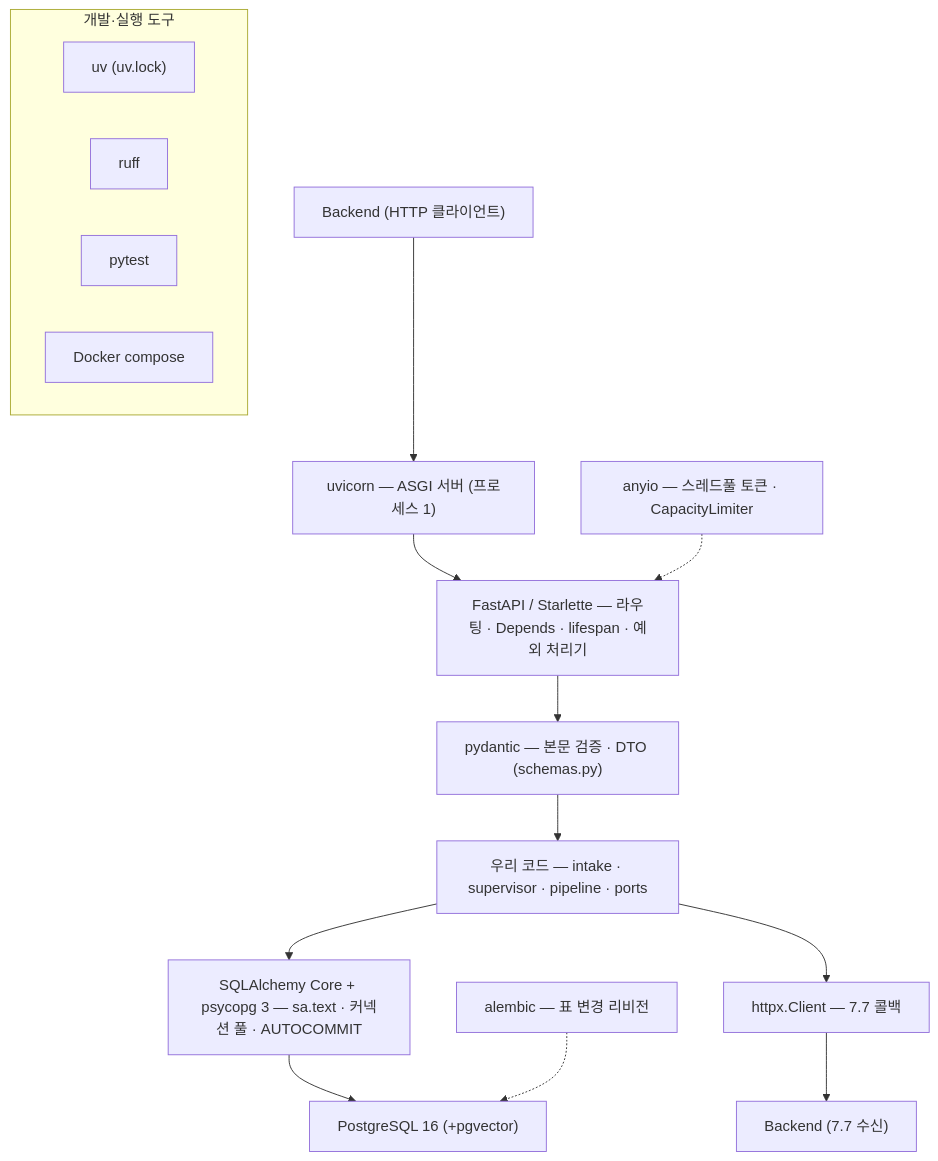
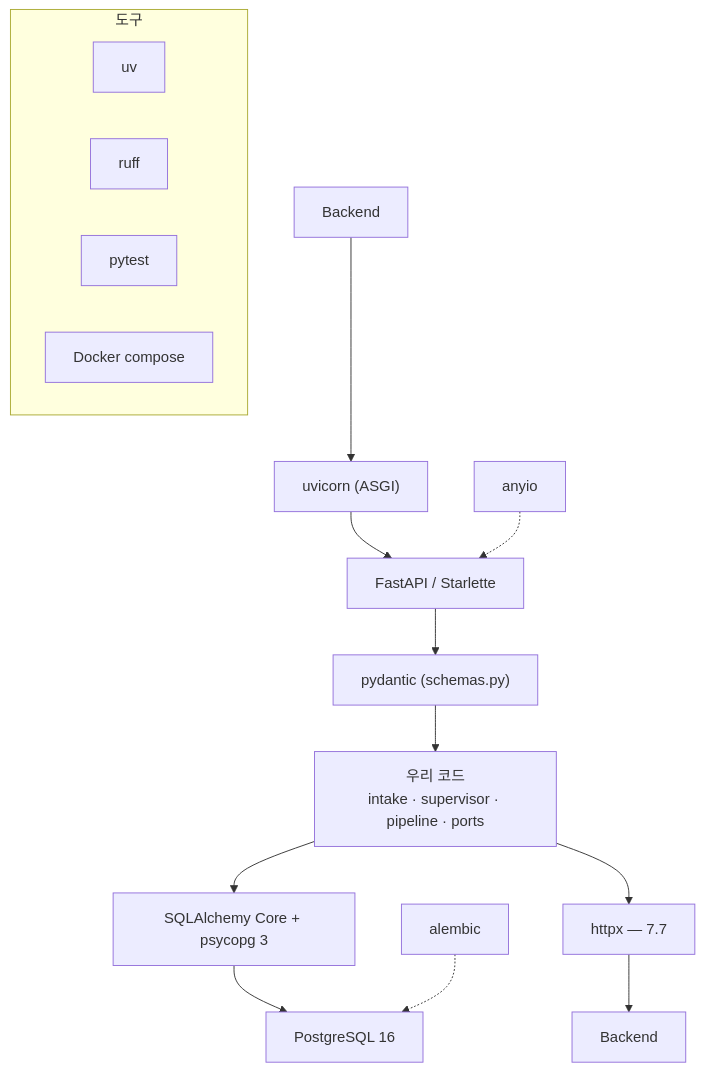
The diagram in profiling/docs/학습_가이드/01_기술_스택.md (100-hours-a-week/KTB4-12th-AI), drawn with Mermaid before and after one commit. The commit also changed 70 other files, not shown here.

````diff
--- a/profiling/docs/학습_가이드/01_기술_스택.md
+++ b/profiling/docs/학습_가이드/01_기술_스택.md
@@ -16,19 +16,19 @@
 ```mermaid
 flowchart TB
-  BE["Backend (HTTP 클라이언트)"] --> UV["uvicorn — ASGI 서버 (프로세스 1)"]
-  UV --> FA["FastAPI / Starlette — 라우팅 · Depends · lifespan · 예외 처리기"]
-  FA --> PD["pydantic — 본문 검증 · DTO (schemas.py)"]
-  PD --> APP["우리 코드 — intake · supervisor · pipeline · ports"]
-  APP --> SA["SQLAlchemy Core + psycopg 3 — sa.text · 커넥션 풀 · AUTOCOMMIT"]
-  SA --> PG["PostgreSQL 16 (+pgvector)"]
-  APP --> HX["httpx.Client — 7.7 콜백"]
-  HX --> BE2["Backend (7.7 수신)"]
-  AN["anyio — 스레드풀 토큰 · CapacityLimiter"] -.-> FA
-  AL["alembic — 표 변경 리비전"] -.-> PG
-  subgraph dev["개발·실행 도구"]
-    UVX["uv (uv.lock)"]
+  BE["Backend"] --> UV["uvicorn (ASGI)"]
+  UV --> FA["FastAPI / Starlette"]
+  FA --> PD["pydantic (schemas.py)"]
+  PD --> APP["우리 코드<br/>intake · supervisor · pipeline · ports"]
+  APP --> SA["SQLAlchemy Core + psycopg 3"]
+  SA --> PG["PostgreSQL 16"]
+  APP --> HX["httpx — 7.7"]
+  HX --> BE2["Backend"]
+  AN["anyio"] -.-> FA
+  AL["alembic"] -.-> PG
+  subgraph dev["도구"]
+    UVX["uv"]
     RF["ruff"]
     PT["pytest"]
     DK["Docker compose"]
   end
 ```
````
